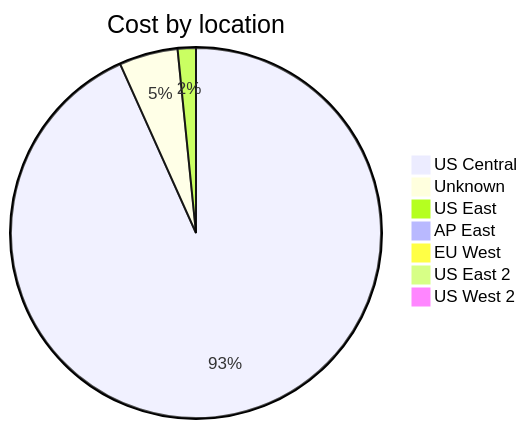
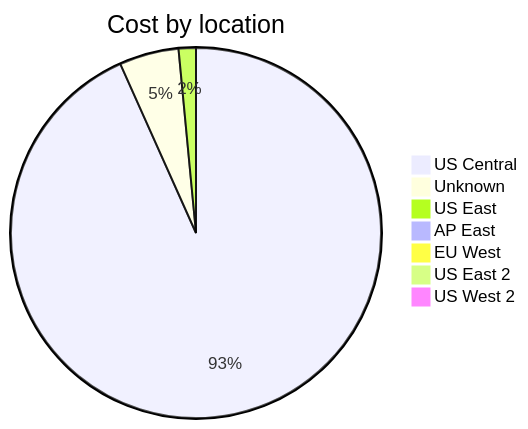
Before and after one commit to jpfulton/azure-personal-reports: the third of 4 diagrams in cost-reports/accumulated-cost.md, drawn with Mermaid. The commit also changed other lines of this file and 4 other files, not shown here.

````diff
--- a/cost-reports/accumulated-cost.md
+++ b/cost-reports/accumulated-cost.md
@@ -121,11 +121,11 @@
 ```mermaid
 pie
    title Cost by location
-   "US Central" : 5.28
-   "Unknown" : 0.29
+   "US Central" : 5.57
+   "Unknown" : 0.31
    "US East" : 0.09
    "AP East" : 0.00
    "EU West" : 0.00
    "US East 2" : 0.00
    "US West 2" : 0.00
 ```
````
